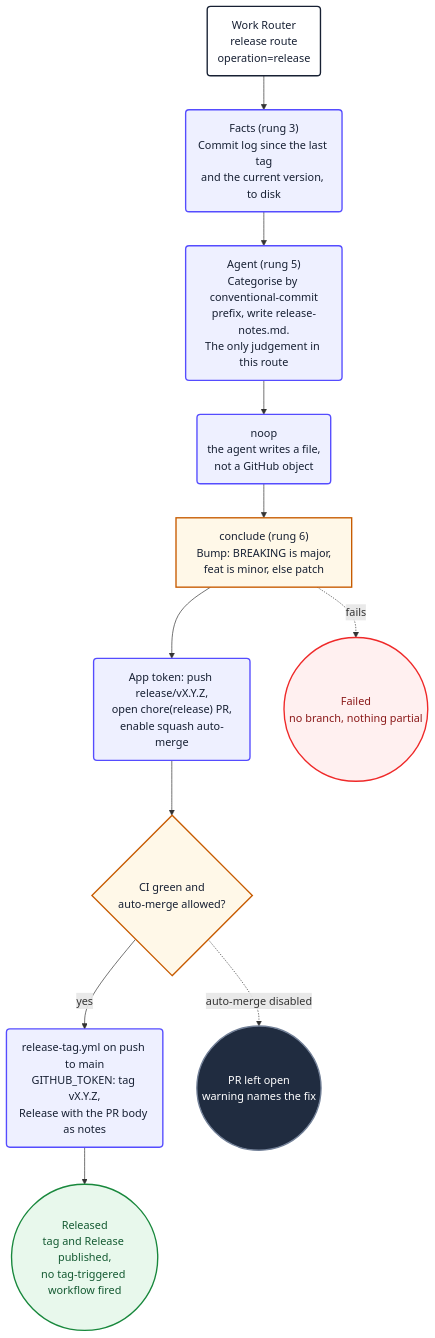
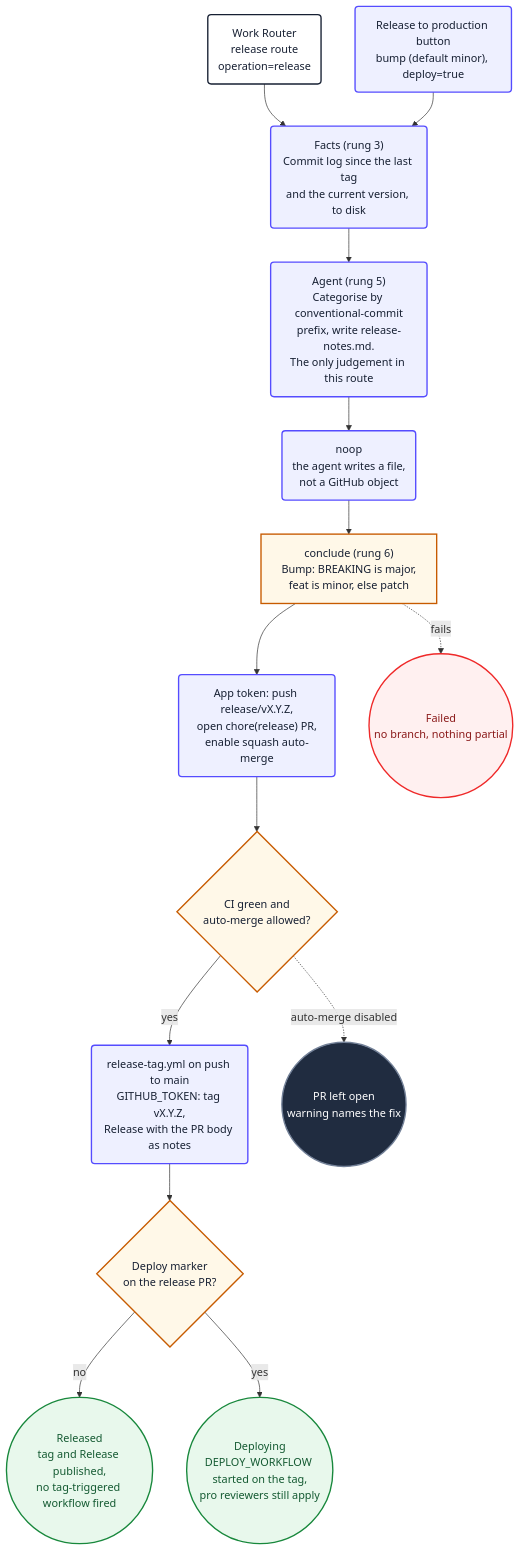
Diagram 12 of 16 in loops/docs/diagrams.md (PlainConceptsPlatform/agentic-workflows), drawn with Mermaid before and after one commit. The commit also changed other lines of this file and 10 other files, not shown here.

First line of the commit message:
feat(release): one-click release to production; 1.19.0 (#529)

````diff
--- a/loops/docs/diagrams.md
+++ b/loops/docs/diagrams.md
@@ -599,30 +599,35 @@
 ```mermaid
 flowchart TD
     relStart("Work Router<br/>release route<br/>operation=release") --> relFacts
+    relButton("Release to production button<br/>bump (default minor), deploy=true") --> relFacts
     relFacts("Facts (rung 3)<br/>Commit log since the last tag<br/>and the current version, to disk") --> relAgent
     relAgent("Agent (rung 5)<br/>Categorise by conventional-commit<br/>prefix, write release-notes.md.<br/>The only judgement in this route") --> relNoop
     relNoop("noop<br/>the agent writes a file,<br/>not a GitHub object") --> relConclude
     relConclude["conclude (rung 6)<br/>Bump: BREAKING is major,<br/>feat is minor, else patch"] --> relPr
     relPr("App token: push release/vX.Y.Z,<br/>open chore(release) PR,<br/>enable squash auto-merge") --> relMerge
     relMerge{"CI green and<br/>auto-merge allowed?"}
     relMerge -->|yes| relTag
     relMerge -.->|auto-merge disabled| relOpen
-    relTag("release-tag.yml on push to main<br/>GITHUB_TOKEN: tag vX.Y.Z,<br/>Release with the PR body as notes") --> relDone
+    relTag("release-tag.yml on push to main<br/>GITHUB_TOKEN: tag vX.Y.Z,<br/>Release with the PR body as notes") --> relDeployQ
+    relDeployQ{"Deploy marker<br/>on the release PR?"}
+    relDeployQ -->|no| relDone
+    relDeployQ -->|yes| relDeploy
+    relDeploy(("Deploying<br/>DEPLOY_WORKFLOW started on the tag,<br/>pro reviewers still apply"))
     relConclude -.->|fails| relFail
     relOpen(("PR left open<br/>warning names the fix"))
     relDone(("Released<br/>tag and Release published,<br/>no tag-triggered workflow fired"))
     relFail(("Failed<br/>no branch, nothing partial"))
 
     classDef start fill:#ffffff,stroke:#172033,stroke-width:2px,color:#172033
     classDef action fill:#eef0ff,stroke:#554cff,stroke-width:2px,color:#172033
     classDef decision fill:#fff8e8,stroke:#c75b00,stroke-width:2px,color:#172033
     classDef idle fill:#202c40,stroke:#738198,stroke-width:2px,color:#ffffff
     classDef failure fill:#fff0f0,stroke:#ef2929,stroke-width:2px,color:#8b1a1a
     classDef success fill:#e8f8ec,stroke:#18883c,stroke-width:2px,color:#145a32
     class relStart start
-    class relFacts,relAgent,relNoop,relPr,relTag action
-    class relConclude,relMerge decision
+    class relButton,relFacts,relAgent,relNoop,relPr,relTag action
+    class relConclude,relMerge,relDeployQ decision
     class relFail failure
     class relOpen idle
-    class relDone success
+    class relDone,relDeploy success
 ```
````
